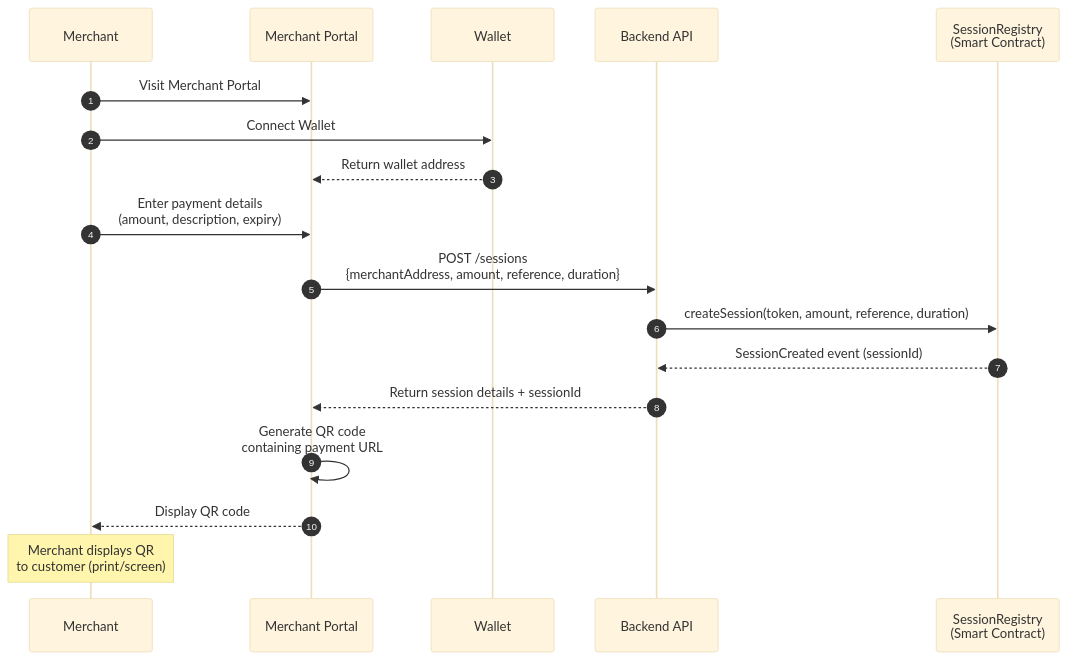
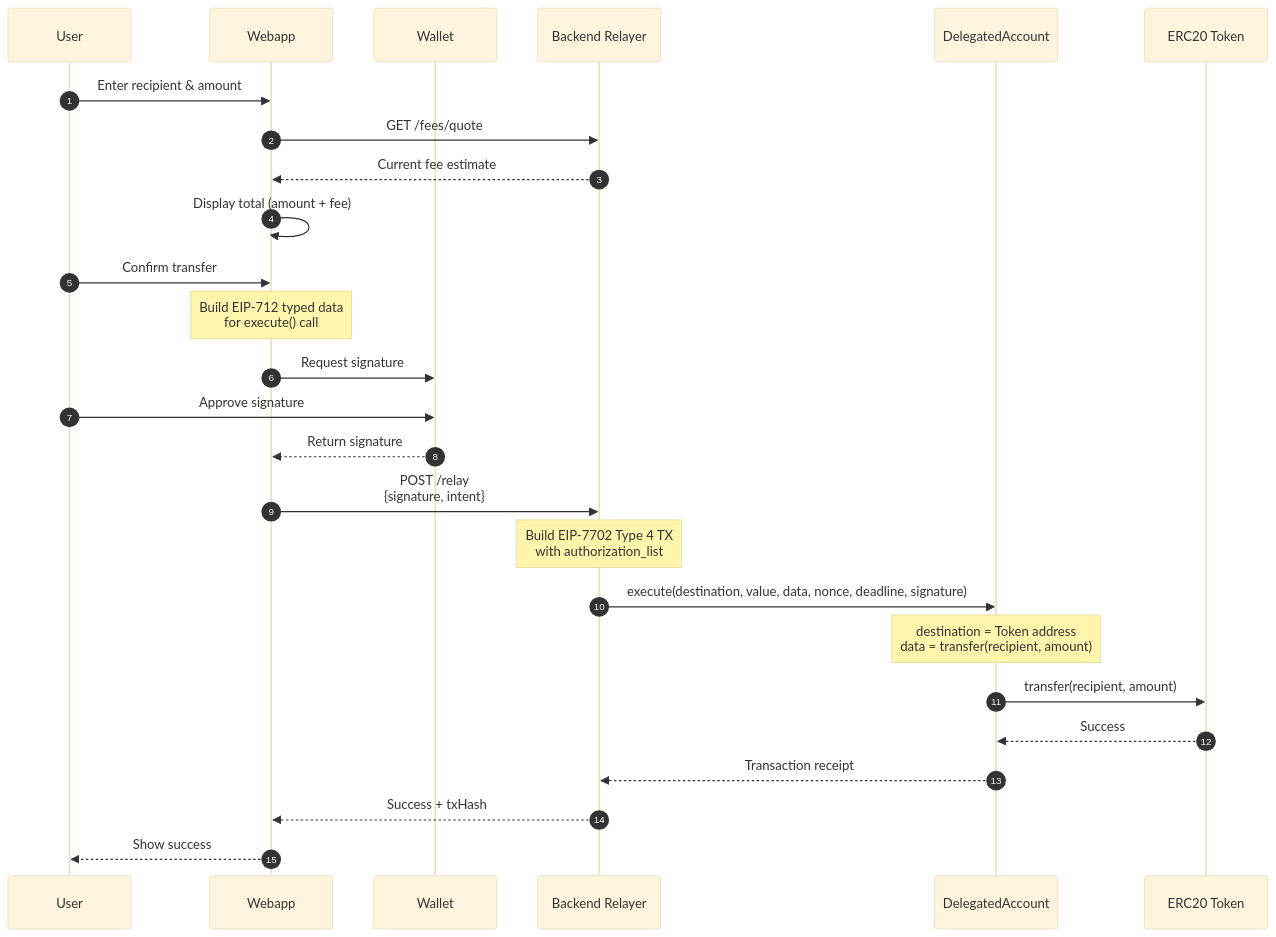
One commit to BigtoMantraDev/mantraUSD-Pay changed the first of 5 diagrams in docs/mantraUSD-Pay-PRD.md. Above: the diagram before and after it, drawn with Mermaid (base theme). The commit also changed other lines of this file and 32 other files, not shown here.

````diff
--- a/docs/mantraUSD-Pay-PRD.md
+++ b/docs/mantraUSD-Pay-PRD.md
@@ -173,20 +82,28 @@
 ```mermaid
 sequenceDiagram
     autonumber
-    participant M as Merchant
-    participant MP as Merchant Portal
-    participant W as Wallet
-    participant BE as Backend API
-    participant SC as SessionRegistry<br/>(Smart Contract)
-    M ->> MP: Visit Merchant Portal
-    M ->> W: Connect Wallet
-    W -->> MP: Return wallet address
-    M ->> MP: Enter payment details<br/>(amount, description, expiry)
-    MP ->> BE: POST /sessions<br/>{merchantAddress, amount, reference, duration}
-    BE ->> SC: createSession(token, amount, reference, duration)
-    SC -->> BE: SessionCreated event (sessionId)
-    BE -->> MP: Return session details + sessionId
-    MP ->> MP: Generate QR code<br/>containing payment URL
-    MP -->> M: Display QR code
-    Note over M: Merchant displays QR<br/>to customer (print/screen)
+    participant User
+    participant Webapp
+    participant Wallet
+    participant Backend as Backend Relayer
+    participant DA as DelegatedAccount
+    participant Token as ERC20 Token
+    User ->> Webapp: Enter recipient & amount
+    Webapp ->> Backend: GET /fees/quote
+    Backend -->> Webapp: Current fee estimate
+    Webapp ->> Webapp: Display total (amount + fee)
+    User ->> Webapp: Confirm transfer
+    Note over Webapp: Build EIP-712 typed data<br/>for execute() call
+    Webapp ->> Wallet: Request signature
+    User ->> Wallet: Approve signature
+    Wallet -->> Webapp: Return signature
+    Webapp ->> Backend: POST /relay<br/>{signature, intent}
+    Note over Backend: Build EIP-7702 Type 4 TX<br/>with authorization_list
+    Backend ->> DA: execute(destination, value, data, nonce, deadline, signature)
+    Note over DA: destination = Token address<br/>data = transfer(recipient, amount)
+    DA ->> Token: transfer(recipient, amount)
+    Token -->> DA: Success
+    DA -->> Backend: Transaction receipt
+    Backend -->> Webapp: Success + txHash
+    Webapp -->> User: Show success
 ```
````
